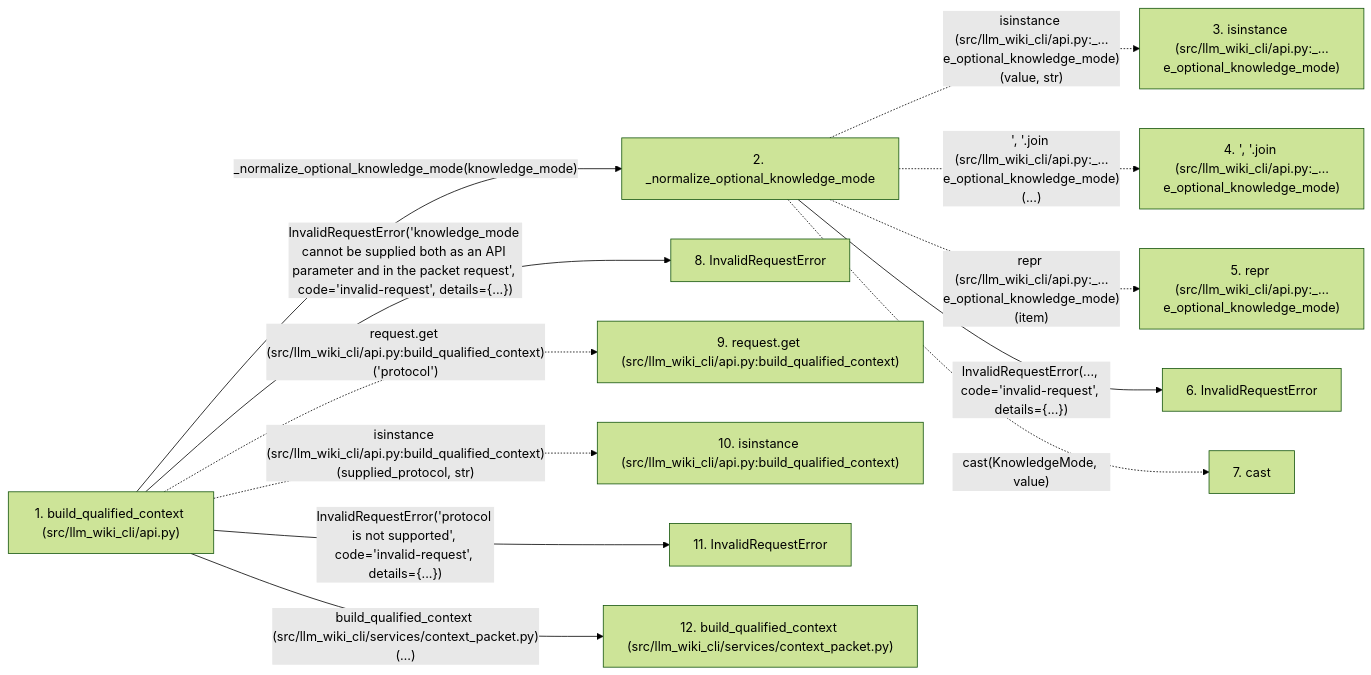
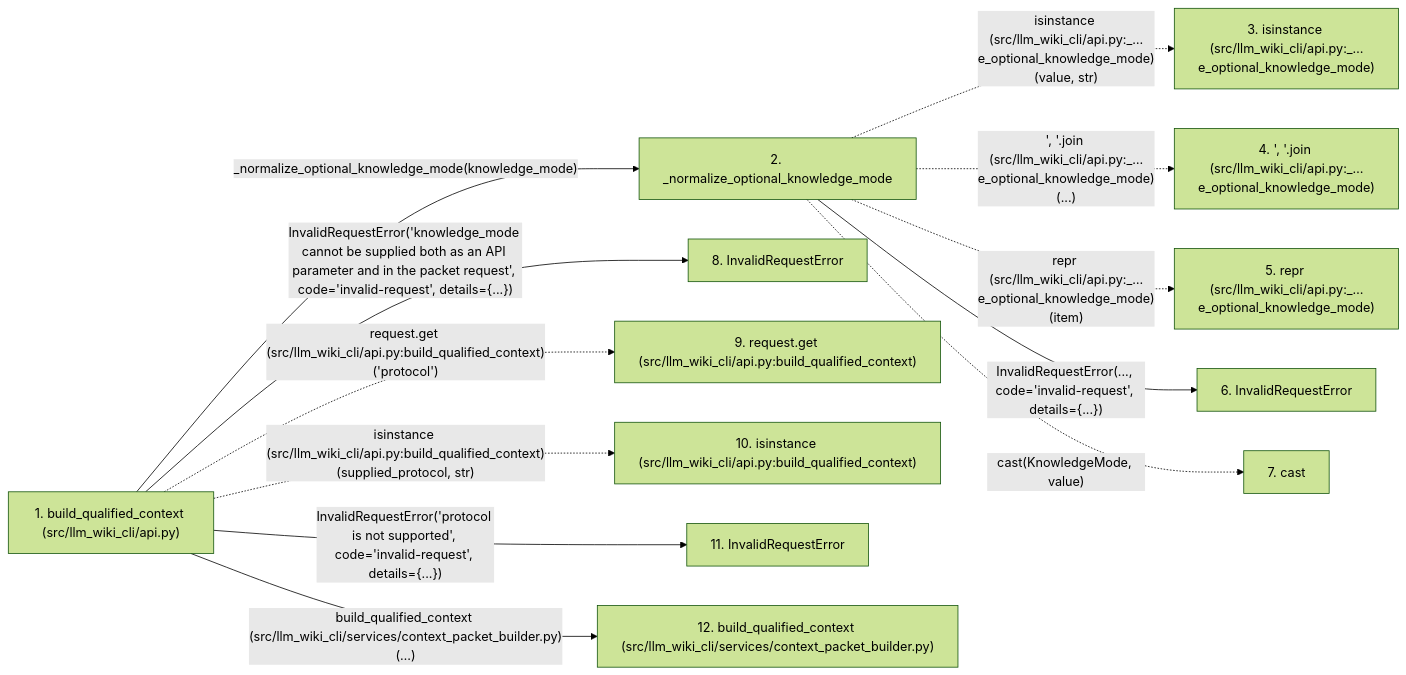
The second of 2 diagrams in docs/llm_wiki/flows/api-build_qualified_context-api.md (Denissvgn/python-wiki-llm), drawn with Mermaid (forest theme) before and after one commit. The commit also changed other lines of this file and 1555 other files, not shown here.

````diff
--- a/docs/llm_wiki/flows/api-build_qualified_context-api.md
+++ b/docs/llm_wiki/flows/api-build_qualified_context-api.md
@@ -195,32 +200,32 @@
 ```mermaid
 flowchart LR
     s1["1. build_qualified_context (src/llm_wiki_cli/api.py)"]
     s2["2. _normalize_optional_knowledge_mode"]
     s3["3. isinstance (src/llm_wiki_cli/api.py:_…e_optional_knowledge_mode)"]
     s4["4. ', '.join (src/llm_wiki_cli/api.py:_…e_optional_knowledge_mode)"]
     s5["5. repr (src/llm_wiki_cli/api.py:_…e_optional_knowledge_mode)"]
     s6["6. InvalidRequestError"]
     s7["7. cast"]
     s8["8. InvalidRequestError"]
     s9["9. request.get (src/llm_wiki_cli/api.py:build_qualified_context)"]
     s10["10. isinstance (src/llm_wiki_cli/api.py:build_qualified_context)"]
     s11["11. InvalidRequestError"]
-    s12["12. build_qualified_context (src/llm_wiki_cli/services/context_packet.py)"]
+    s12["12. build_qualified_context (src/llm_wiki_cli/services/context_packet_builder.py)"]
     s1 -->|"_normalize_optional_knowledge_mode(knowledge_mode)"| s2
     s2 -. "isinstance (src/llm_wiki_cli/api.py:_…e_optional_knowledge_mode)(value, str)" .-> s3
     s2 -. "', '.join (src/llm_wiki_cli/api.py:_…e_optional_knowledge_mode)(...)" .-> s4
     s2 -. "repr (src/llm_wiki_cli/api.py:_…e_optional_knowledge_mode)(item)" .-> s5
     s2 -->|"InvalidRequestError(..., code='invalid-request', details={...})"| s6
     s2 -. "cast(KnowledgeMode, value)" .-> s7
     s1 -->|"InvalidRequestError('knowledge_mode cannot be supplied both as an API parameter and in the packet request', code='invalid-request', details={...})"| s8
     s1 -. "request.get (src/llm_wiki_cli/api.py:build_qualified_context)('protocol')" .-> s9
     s1 -. "isinstance (src/llm_wiki_cli/api.py:build_qualified_context)(supplied_protocol, str)" .-> s10
     s1 -->|"InvalidRequestError('protocol is not supported', code='invalid-request', details={...})"| s11
-    s1 -->|"build_qualified_context (src/llm_wiki_cli/services/context_packet.py)(…)"| s12
+    s1 -->|"build_qualified_context (src/llm_wiki_cli/services/context_packet_builder.py)(…)"| s12
     click s1 "../modules/api.md"
     click s2 "../modules/api.md"
     click s6 "../modules/api.md"
     click s8 "../modules/api.md"
     click s11 "../modules/api.md"
-    click s12 "../modules/context_packet.md"
+    click s12 "../modules/context_packet_builder.md"
 ```
````
